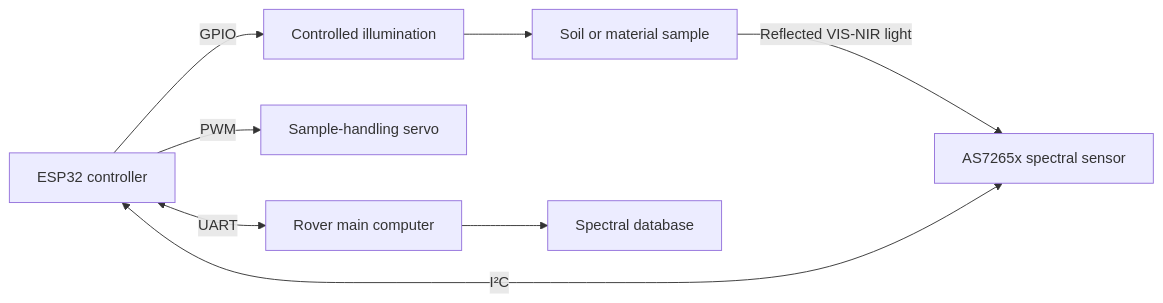
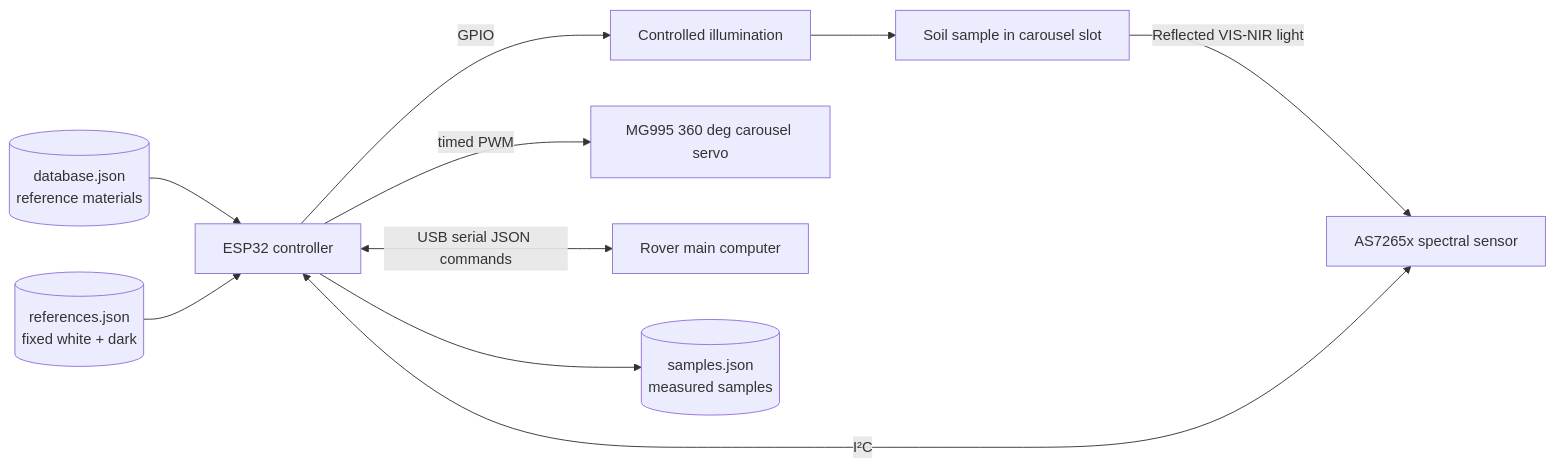
Before and after one commit to BrnoMarsRover/as7265x-soil-analysis-module: the diagram in README.md, drawn with Mermaid. The commit also changed other lines of this file and 10 other files, not shown here.

````diff
--- a/README.md
+++ b/README.md
@@ -69,18 +73,22 @@
 ```mermaid
 flowchart LR
-    SAMPLE[Soil or material sample]
+    SAMPLE[Soil sample in carousel slot]
     LIGHT[Controlled illumination]
     SENSOR[AS7265x spectral sensor]
     ESP[ESP32 controller]
-    SERVO[Sample-handling servo]
+    SERVO[MG995 360 deg carousel servo]
     ROVER[Rover main computer]
-    DATABASE[Spectral database]
+    DATABASE[(database.json<br/>reference materials)]
+    REFS[(references.json<br/>fixed white + dark)]
+    STORE[(samples.json<br/>measured samples)]
 
     ESP -->|GPIO| LIGHT
     LIGHT --> SAMPLE
     SAMPLE -->|Reflected VIS-NIR light| SENSOR
     ESP <-->|I²C| SENSOR
-    ESP -->|PWM| SERVO
-    ESP <-->|UART| ROVER
-    ROVER --> DATABASE
+    ESP -->|timed PWM| SERVO
+    ESP <-->|USB serial JSON commands| ROVER
+    DATABASE --> ESP
+    REFS --> ESP
+    ESP --> STORE
 ```
````
